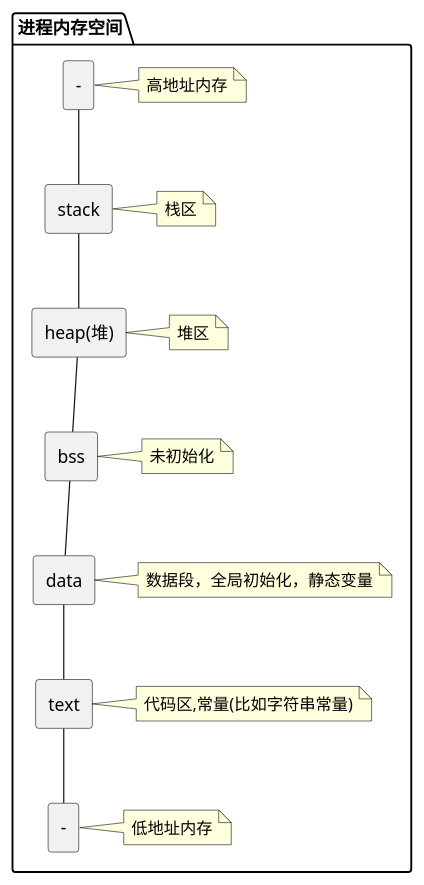
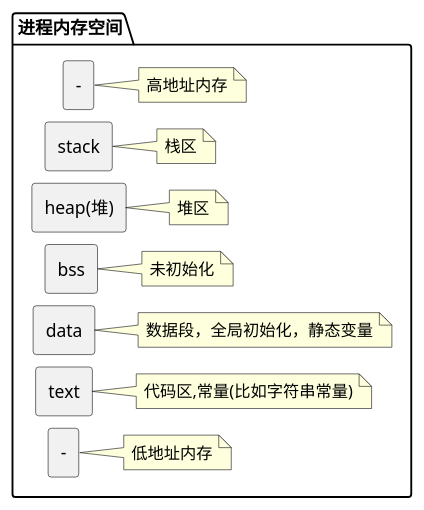
The diagram in content/post/linux/thread.md (wiloon/blog), drawn with PlantUML before and after one commit. The commit also changed 10 other files, not shown here.

````diff
--- a/content/post/linux/thread.md
+++ b/content/post/linux/thread.md
@@ -28,27 +28,28 @@
 ```plantuml
 @startuml
+skinparam ranksep 10
 package "进程内存空间" {
 rectangle "-" as start
 note right: 高地址内存
 rectangle "stack" as stack
 note right: 栈区
 rectangle "heap(堆)" as heap
 note right: 堆区
 rectangle "bss" as bss
 note right: 未初始化
 rectangle "data" as data
 note right: 数据段，全局初始化，静态变量
 rectangle "text" as text
 note right: 代码区,常量(比如字符串常量)
 rectangle "-" as end
 note right: 低地址内存
 }
 
-start -down- stack
-stack -down- heap
-heap -down- bss
-bss -down- data
-data -down- text
-text -down- end
+start -[hidden]-> stack
+stack -[hidden]-> heap
+heap -[hidden]-> bss
+bss -[hidden]-> data
+data -[hidden]-> text
+text -[hidden]-> end
 @enduml
 ```
````
